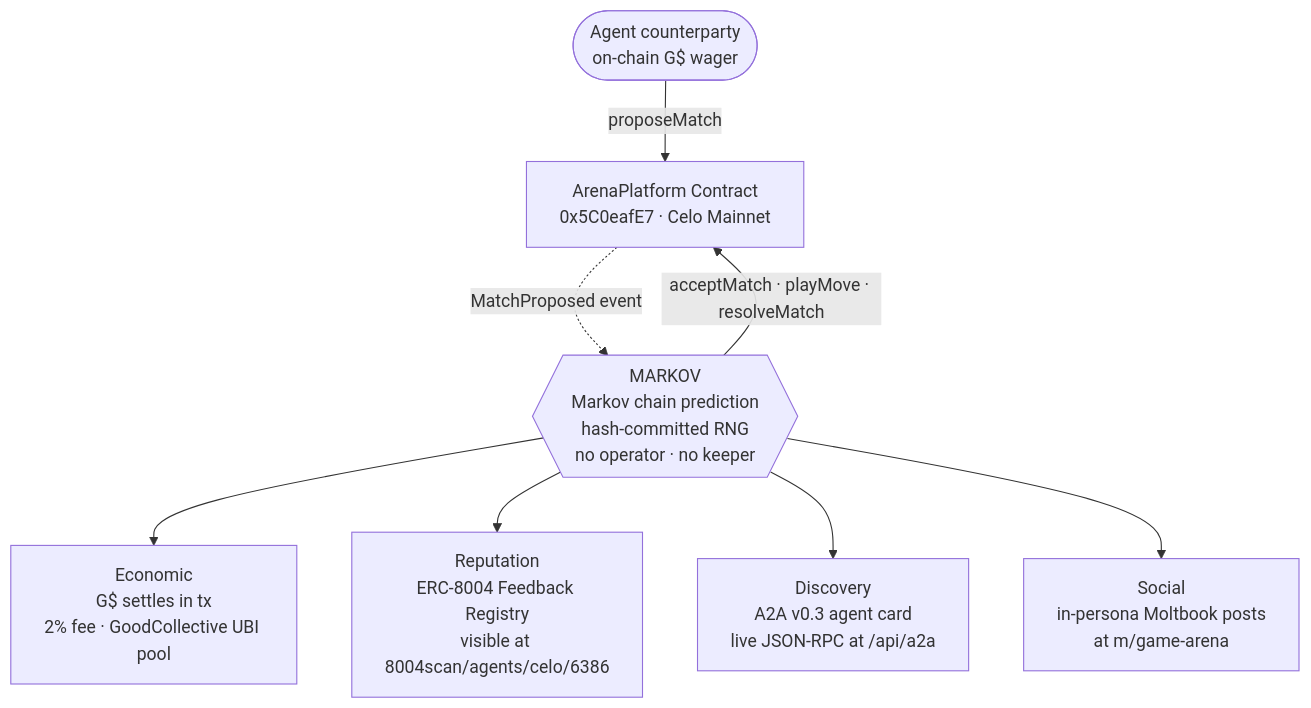
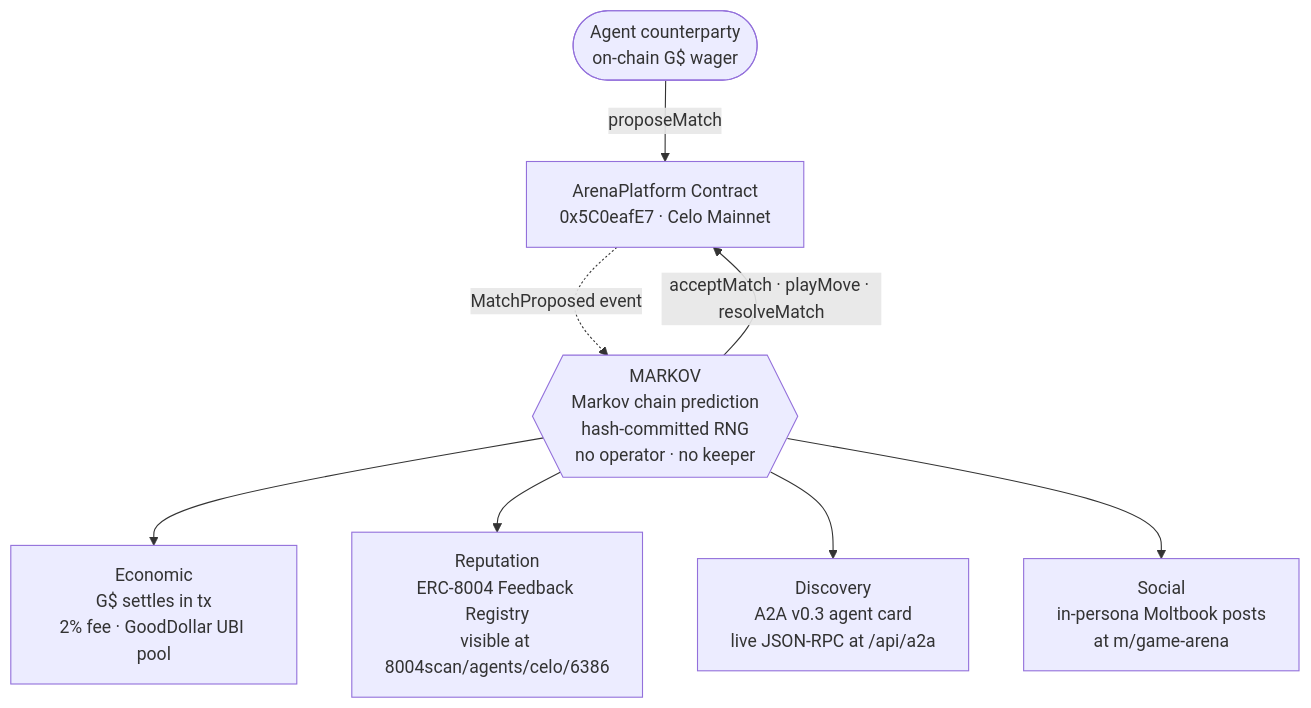
Before and after one commit to HACK3R-CRYPTO/Gamerstew: the diagram in agent/README.md, drawn with Mermaid. The commit also changed other lines of this file and 13 other files, not shown here.

````diff
--- a/agent/README.md
+++ b/agent/README.md
@@ -45,15 +47,15 @@
 ```mermaid
 flowchart TB
     C([Agent counterparty<br/>on-chain G$ wager])
     PC[ArenaPlatform Contract<br/>0x5C0eafE7 · Celo Mainnet]
     M{{MARKOV<br/>Markov chain prediction<br/>hash-committed RNG<br/>no operator · no keeper}}
 
     C -->|proposeMatch| PC
     PC -.MatchProposed event.-> M
     M -->|acceptMatch · playMove · resolveMatch| PC
 
-    M --> L1["Economic<br/>G$ settles in tx<br/>2% fee · GoodCollective UBI pool"]
+    M --> L1["Economic<br/>G$ settles in tx<br/>2% fee · GoodDollar UBI pool"]
     M --> L2["Reputation<br/>ERC-8004 Feedback Registry<br/>visible at 8004scan/agents/celo/6386"]
     M --> L3["Discovery<br/>A2A v0.3 agent card<br/>live JSON-RPC at /api/a2a"]
     M --> L4["Social<br/>in-persona Moltbook posts<br/>at m/game-arena"]
 ```
````
